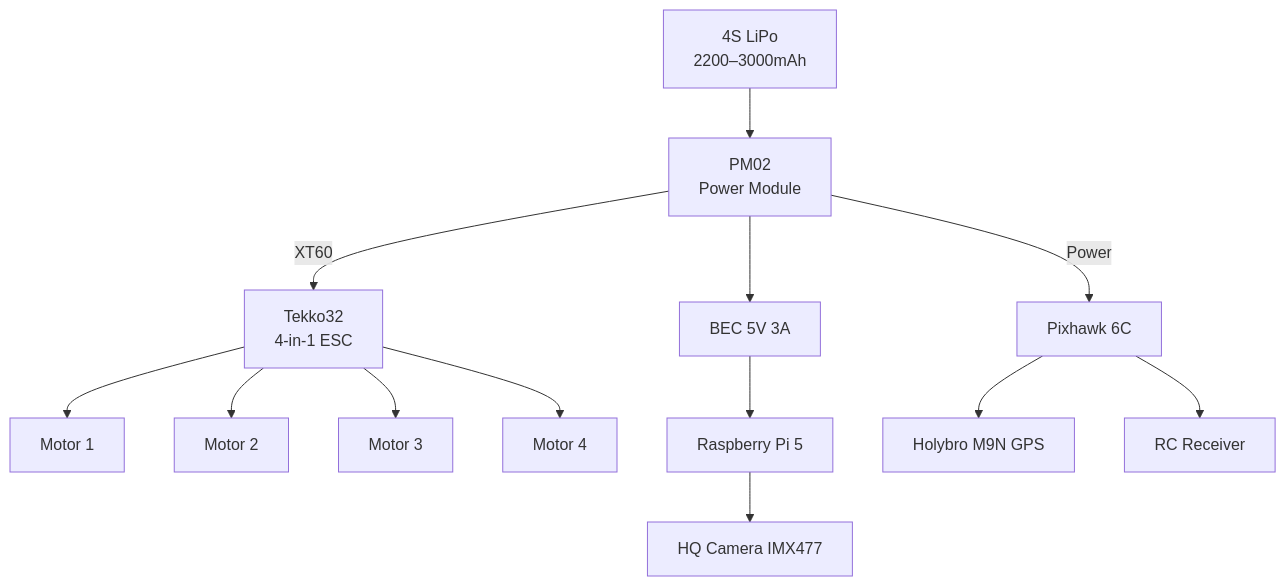
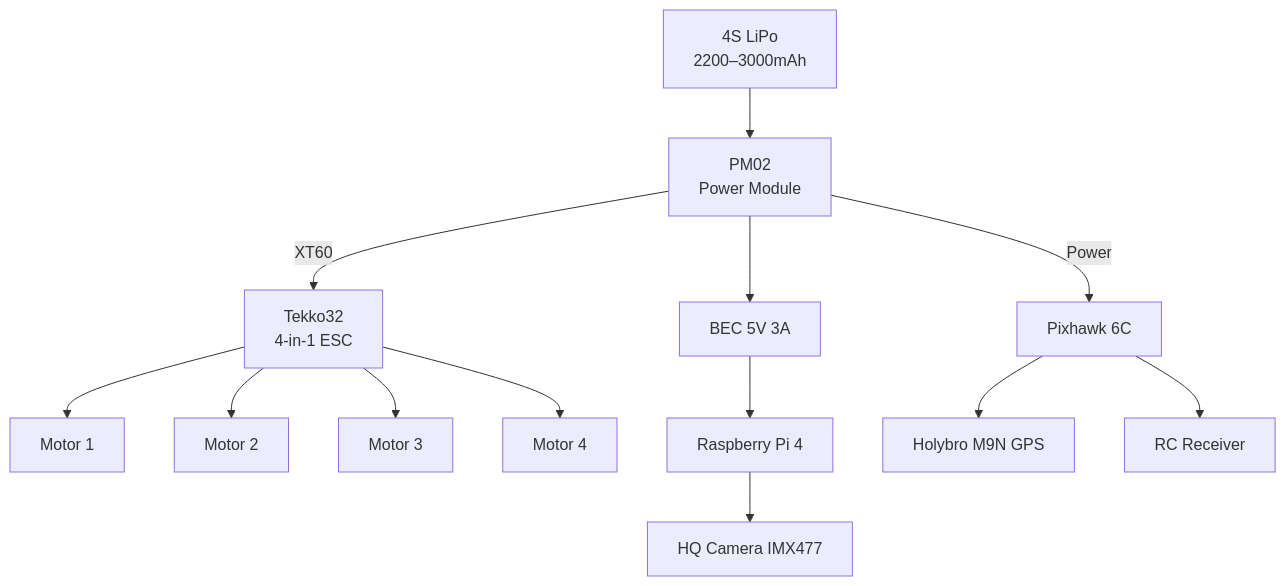
One commit to fadi-labib/bennu changed the diagram in docs/reference/power-architecture.md. Above: the diagram before and after it, drawn with Mermaid. The commit also changed other lines of this file and 10 other files, not shown here.

````diff
--- a/docs/reference/power-architecture.md
+++ b/docs/reference/power-architecture.md
@@ -7,15 +7,15 @@
 ```mermaid
 graph TD
     BATT["4S LiPo<br/>2200–3000mAh"] --> PM["PM02<br/>Power Module"]
     PM -->|Power| PIX["Pixhawk 6C"]
     PM -->|XT60| ESC["Tekko32<br/>4-in-1 ESC"]
     ESC --> M1["Motor 1"]
     ESC --> M2["Motor 2"]
     ESC --> M3["Motor 3"]
     ESC --> M4["Motor 4"]
     PM --> BEC5V["BEC 5V 3A"]
-    BEC5V --> PI["Raspberry Pi 5"]
+    BEC5V --> PI["Raspberry Pi 4"]
     PI --> CAM["HQ Camera IMX477"]
     PIX --> GPS["Holybro M9N GPS"]
     PIX --> RC["RC Receiver"]
 ```
````
